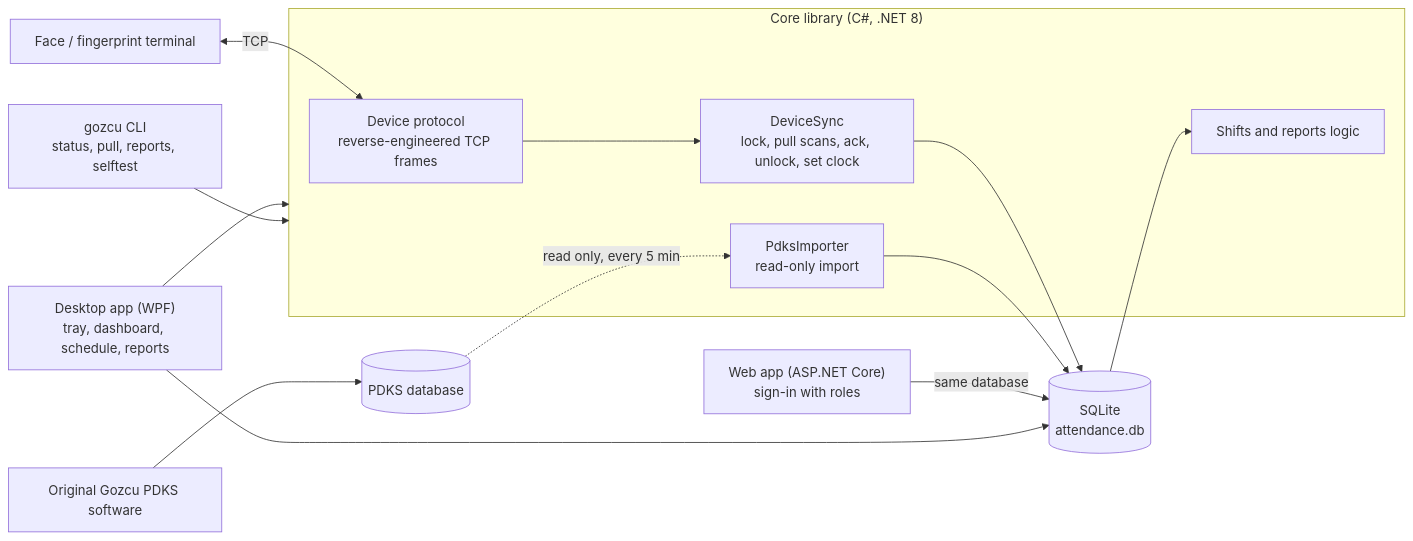
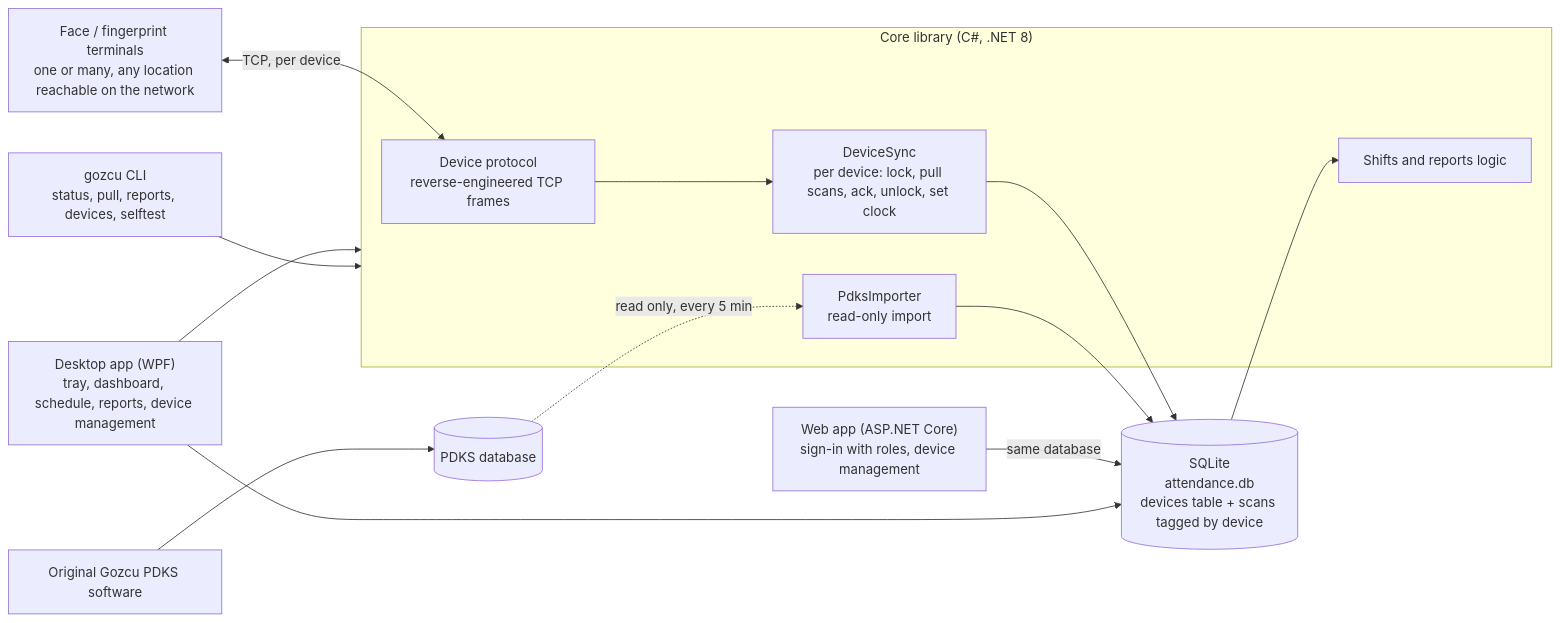
Before and after one commit to NasirMustafayev/gozcu-attendance: the diagram in README.md, drawn with Mermaid. The commit also changed other lines of this file, not shown here.

Commit message:
Document multi-device support in README

````diff
--- a/README.md
+++ b/README.md
@@ -71,30 +76,30 @@
 ```mermaid
 flowchart LR
-    T["Face / fingerprint terminal"]
+    T["Face / fingerprint terminals<br/>one or many, any location reachable on the network"]
     PDKS["Original Gozcu PDKS software"]
     PDB[("PDKS database")]
 
     subgraph CORE["Core library (C#, .NET 8)"]
         P["Device protocol<br/>reverse-engineered TCP frames"]
-        S["DeviceSync<br/>lock, pull scans, ack, unlock, set clock"]
+        S["DeviceSync<br/>per device: lock, pull scans, ack, unlock, set clock"]
         I["PdksImporter<br/>read-only import"]
         L["Shifts and reports logic"]
     end
 
-    DB[("SQLite<br/>attendance.db")]
-    APP["Desktop app (WPF)<br/>tray, dashboard, schedule, reports"]
-    WEB["Web app (ASP.NET Core)<br/>sign-in with roles"]
-    CLI["gozcu CLI<br/>status, pull, reports, selftest"]
+    DB[("SQLite<br/>attendance.db<br/>devices table + scans tagged by device")]
+    APP["Desktop app (WPF)<br/>tray, dashboard, schedule, reports, device management"]
+    WEB["Web app (ASP.NET Core)<br/>sign-in with roles, device management"]
+    CLI["gozcu CLI<br/>status, pull, reports, devices, selftest"]
 
-    T <-->|"TCP"| P
+    T <-->|"TCP, per device"| P
     P --> S
     S --> DB
     PDKS --> PDB
     PDB -.->|"read only, every 5 min"| I
     I --> DB
     DB --> L
     APP --> CORE
     CLI --> CORE
     WEB -->|"same database"| DB
     APP --> DB
 ```
````
